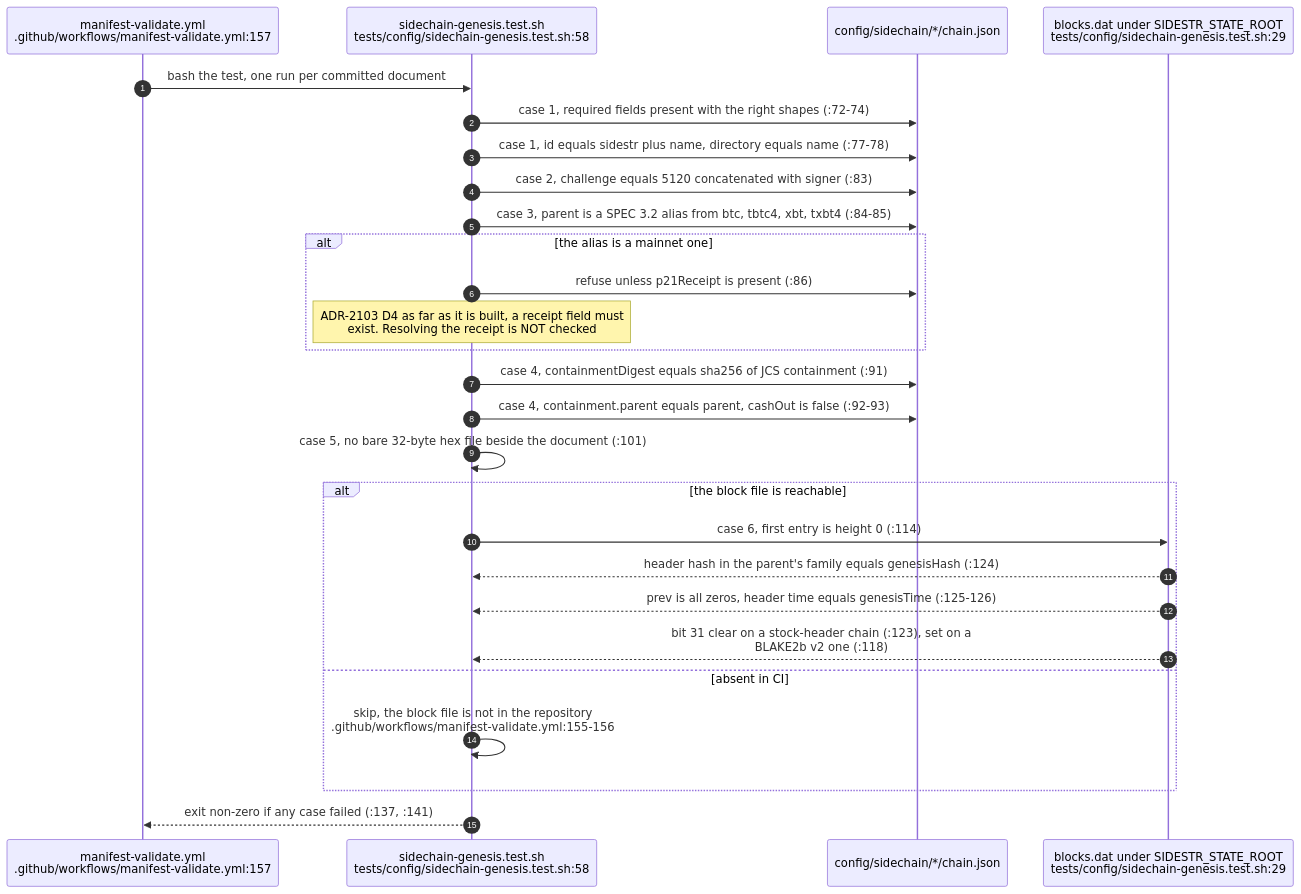
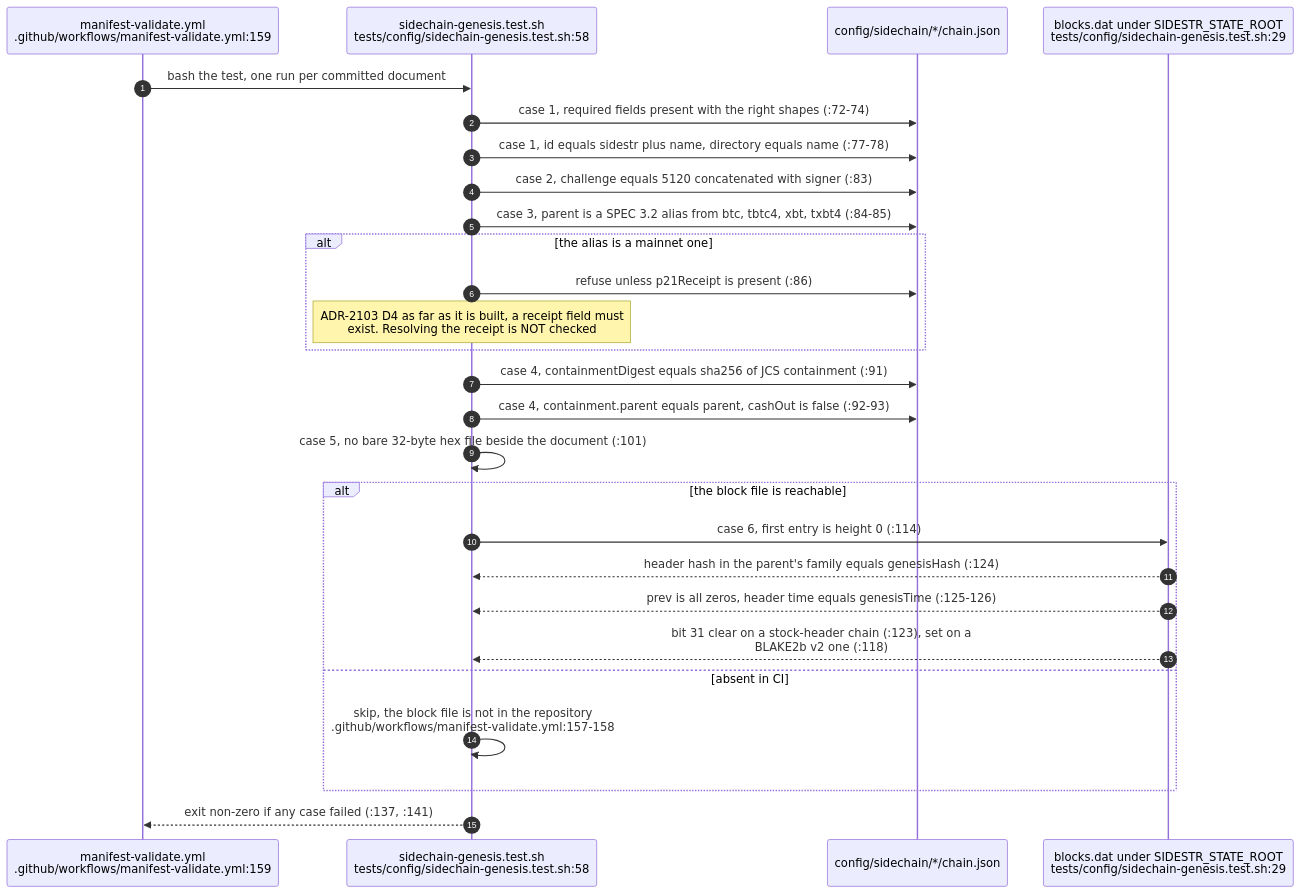
The third of 5 diagrams in docs/diagrams/agentbox/32-sidechain-root-seal.md (DreamLab-AI/VisionFlow), drawn with Mermaid before and after one commit. The commit also changed other lines of this file and 154 other files, not shown here.

First line of the commit message:
docs(diagrams): re-stamp 154 topics whose every citation still reads the same text at the current heads

````diff
--- a/docs/diagrams/agentbox/32-sidechain-root-seal.md
+++ b/docs/diagrams/agentbox/32-sidechain-root-seal.md
@@ -111,30 +111,30 @@
 ```mermaid
 sequenceDiagram
     autonumber
-    participant CI as manifest-validate.yml<br/>.github/workflows/manifest-validate.yml:157
+    participant CI as manifest-validate.yml<br/>.github/workflows/manifest-validate.yml:159
     participant T as sidechain-genesis.test.sh<br/>tests/config/sidechain-genesis.test.sh:58
     participant DOC as config/sidechain/*/chain.json
     participant DAT as blocks.dat under SIDESTR_STATE_ROOT<br/>tests/config/sidechain-genesis.test.sh:29
 
     CI->>T: bash the test, one run per committed document
     T->>DOC: case 1, required fields present with the right shapes (:72-74)
     T->>DOC: case 1, id equals sidestr plus name, directory equals name (:77-78)
     T->>DOC: case 2, challenge equals 5120 concatenated with signer (:83)
     T->>DOC: case 3, parent is a SPEC 3.2 alias from btc, tbtc4, xbt, txbt4 (:84-85)
     alt the alias is a mainnet one
         T->>DOC: refuse unless p21Receipt is present (:86)
         Note over T: ADR-2103 D4 as far as it is built, a receipt field must<br/>exist. Resolving the receipt is NOT checked
     end
     T->>DOC: case 4, containmentDigest equals sha256 of JCS containment (:91)
     T->>DOC: case 4, containment.parent equals parent, cashOut is false (:92-93)
     T->>T: case 5, no bare 32-byte hex file beside the document (:101)
     alt the block file is reachable
         T->>DAT: case 6, first entry is height 0 (:114)
         DAT-->>T: header hash in the parent's family equals genesisHash (:124)
         DAT-->>T: prev is all zeros, header time equals genesisTime (:125-126)
         DAT-->>T: bit 31 clear on a stock-header chain (:123), set on a<br/>BLAKE2b v2 one (:118)
     else absent in CI
-        T->>T: skip, the block file is not in the repository<br/>.github/workflows/manifest-validate.yml:155-156
+        T->>T: skip, the block file is not in the repository<br/>.github/workflows/manifest-validate.yml:157-158
     end
     T-->>CI: exit non-zero if any case failed (:137, :141)
 ```
````
